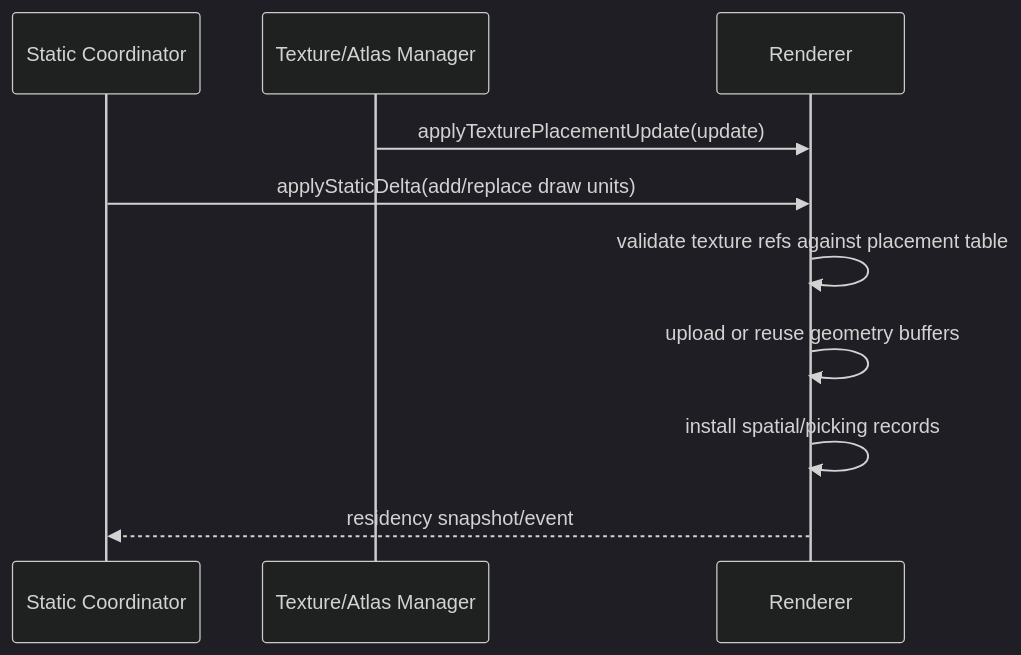
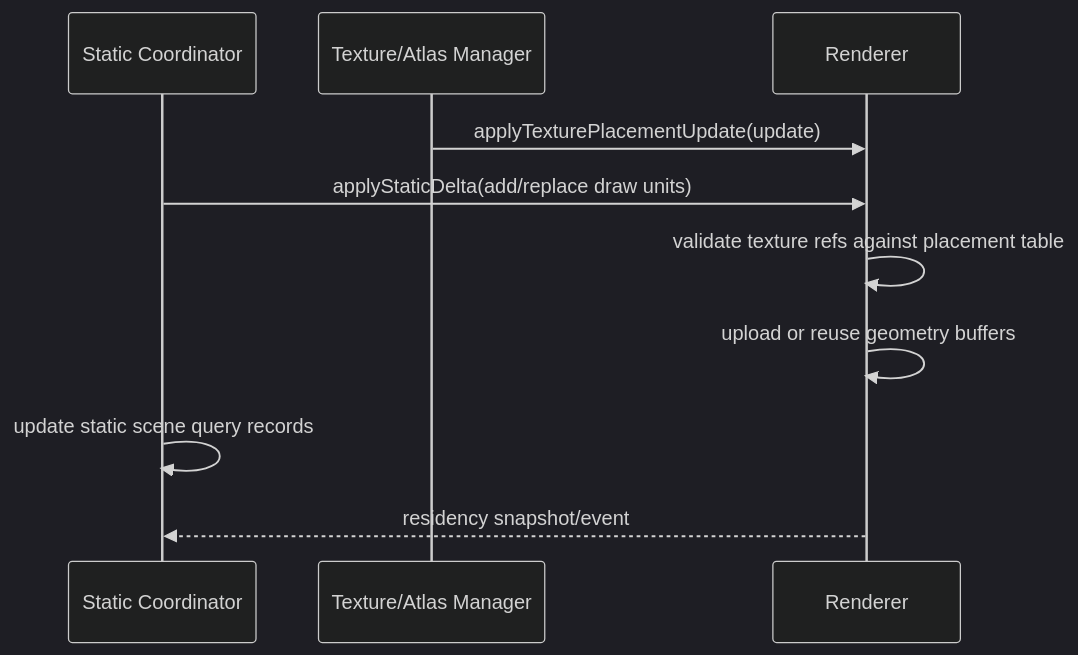
One commit to merklejerk/holtburger changed diagram 18 of 22 in docs/plans/holtburger-3d-frontend-v2-design.md. Above: the diagram before and after it, drawn with Mermaid (dark theme). The commit also changed other lines of this file and 1 other file, not shown here.

````diff
--- a/docs/plans/holtburger-3d-frontend-v2-design.md
+++ b/docs/plans/holtburger-3d-frontend-v2-design.md
@@ -1077,13 +1089,13 @@
 ```mermaid
 sequenceDiagram
   participant Static as Static Coordinator
   participant Atlas as Texture/Atlas Manager
   participant Renderer as Renderer
 
   Atlas->>Renderer: applyTexturePlacementUpdate(update)
   Static->>Renderer: applyStaticDelta(add/replace draw units)
   Renderer->>Renderer: validate texture refs against placement table
   Renderer->>Renderer: upload or reuse geometry buffers
-  Renderer->>Renderer: install spatial/picking records
+  Static->>Static: update static scene query records
   Renderer-->>Static: residency snapshot/event
 ```
````
